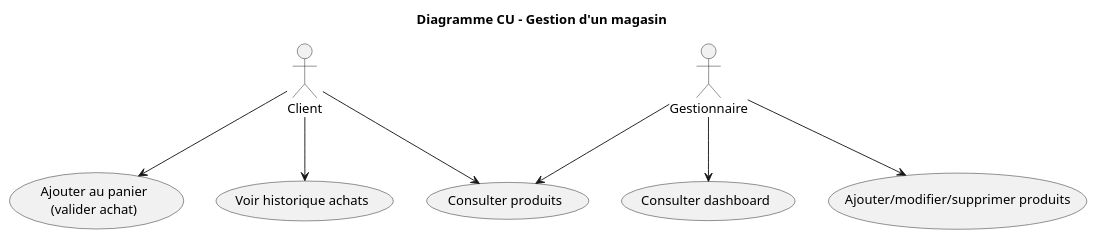
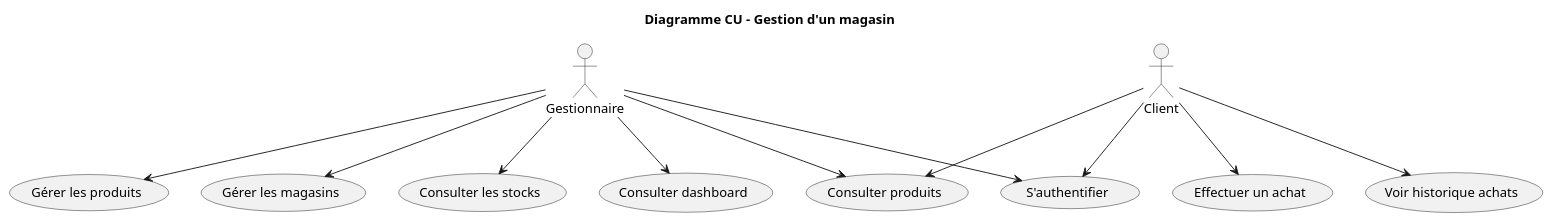
One commit to Minh-Khoi-Le/log430-lab2 changed the diagram in docs/UML/diagramme-CU.puml. Above: the diagram before and after it, drawn with PlantUML. The commit also changed 29 other files, not shown here.

```diff
--- a/docs/UML/diagramme-CU.puml
+++ b/docs/UML/diagramme-CU.puml
@@ -1,21 +1,28 @@
 @startuml Diagramme CU
 title Diagramme CU - Gestion d'un magasin
 
 actor Client
 actor Gestionnaire
 
 usecase "Consulter produits" as UC1
-usecase "Ajouter au panier\n(valider achat)" as UC2
+usecase "Effectuer un achat" as UC2
 usecase "Voir historique achats" as UC3
-usecase "Consulter dashboard" as UC4
-usecase "Ajouter/modifier/supprimer produits" as UC5
+usecase "S'authentifier" as UC4
+usecase "Gérer les produits" as UC5
+usecase "Gérer les magasins" as UC6
+usecase "Consulter les stocks" as UC7
+usecase "Consulter dashboard" as UC8
 
 Client --> UC1
 Client --> UC2
 Client --> UC3
+Client --> UC4
 
 Gestionnaire --> UC1
 Gestionnaire --> UC4
 Gestionnaire --> UC5
+Gestionnaire --> UC6
+Gestionnaire --> UC7
+Gestionnaire --> UC8
 
 @enduml
```
